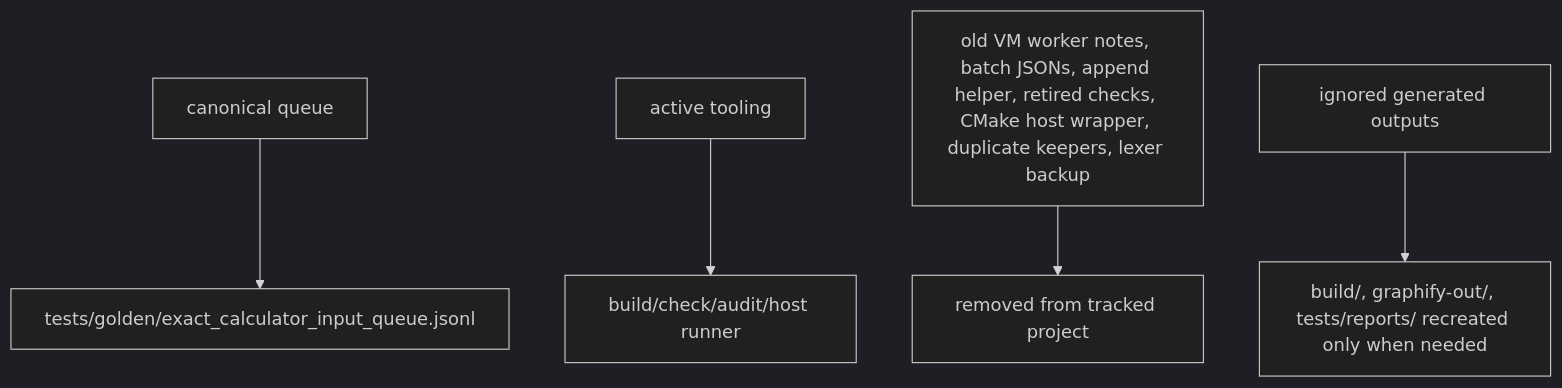
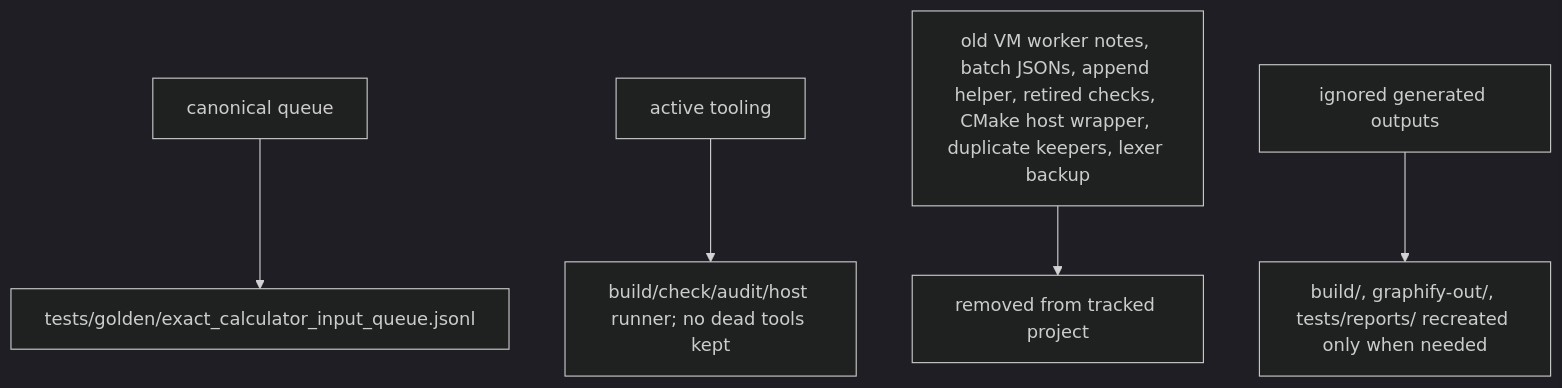
The sixth of 6 diagrams in docs/GRAPH.md (james8464/notes-addin-casio-fx-cg50), drawn with Mermaid (dark theme) before and after one commit. The commit also changed other lines of this file and 4 other files, not shown here.

````diff
--- a/docs/GRAPH.md
+++ b/docs/GRAPH.md
@@ -76,7 +76,7 @@
 ```mermaid
 graph TD
   Canon["canonical queue"] --> Golden["tests/golden/exact_calculator_input_queue.jsonl"]
-  Tooling["active tooling"] --> Build["build/check/audit/host runner"]
+  Tooling["active tooling"] --> Build["build/check/audit/host runner; no dead tools kept"]
   Old["old VM worker notes, batch JSONs, append helper, retired checks, CMake host wrapper, duplicate keepers, lexer backup"] --> Pruned["removed from tracked project"]
   Reports["ignored generated outputs"] --> Recreate["build/, graphify-out/, tests/reports/ recreated only when needed"]
 ```
````
